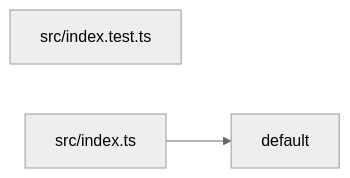
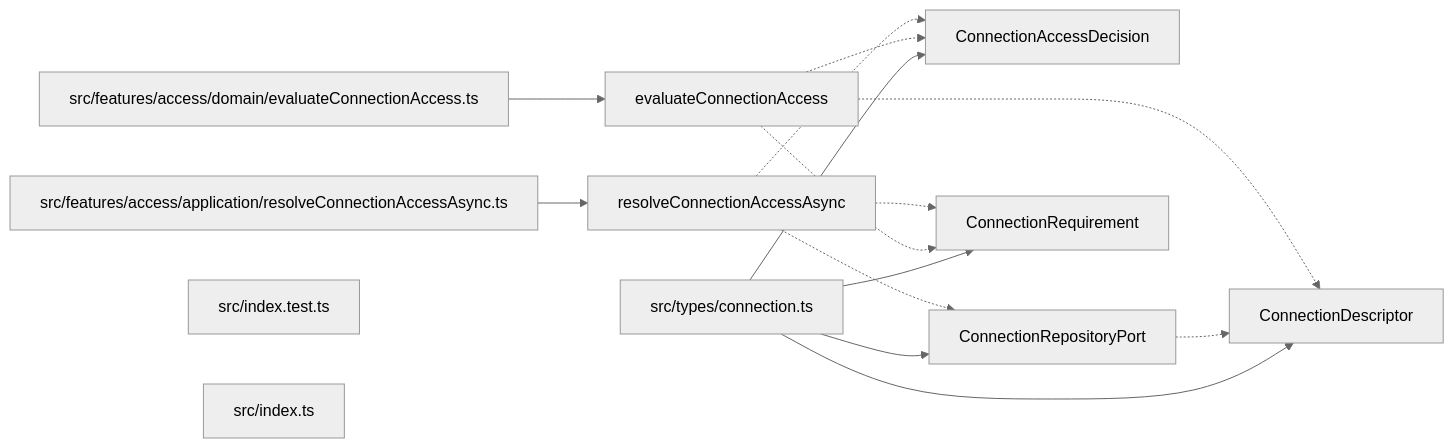
The diagram in docs/diagrams/export-graph.mmd (ankhorage/connection), drawn with Mermaid (neutral theme) before and after one commit. The commit also changed 13 other files, not shown here.

```diff
--- a/docs/diagrams/export-graph.mmd
+++ b/docs/diagrams/export-graph.mmd
@@ -1,5 +1,25 @@
 graph LR
+  module_src_features_access_application_resolveConnectionAccessAsync_ts["src/features/access/application/resolveConnectionAccessAsync.ts"]
+  module_src_features_access_domain_evaluateConnectionAccess_ts["src/features/access/domain/evaluateConnectionAccess.ts"]
   module_src_index_test_ts["src/index.test.ts"]
   module_src_index_ts["src/index.ts"]
-  export_default["default"]
-  module_src_index_ts --> export_default
+  module_src_types_connection_ts["src/types/connection.ts"]
+  export_ConnectionAccessDecision["ConnectionAccessDecision"]
+  module_src_types_connection_ts --> export_ConnectionAccessDecision
+  export_ConnectionDescriptor["ConnectionDescriptor"]
+  module_src_types_connection_ts --> export_ConnectionDescriptor
+  export_ConnectionRepositoryPort["ConnectionRepositoryPort"]
+  module_src_types_connection_ts --> export_ConnectionRepositoryPort
+  export_ConnectionRepositoryPort -.-> export_ConnectionDescriptor
+  export_ConnectionRequirement["ConnectionRequirement"]
+  module_src_types_connection_ts --> export_ConnectionRequirement
+  export_evaluateConnectionAccess["evaluateConnectionAccess"]
+  module_src_features_access_domain_evaluateConnectionAccess_ts --> export_evaluateConnectionAccess
+  export_evaluateConnectionAccess -.-> export_ConnectionAccessDecision
+  export_evaluateConnectionAccess -.-> export_ConnectionDescriptor
+  export_evaluateConnectionAccess -.-> export_ConnectionRequirement
+  export_resolveConnectionAccessAsync["resolveConnectionAccessAsync"]
+  module_src_features_access_application_resolveConnectionAccessAsync_ts --> export_resolveConnectionAccessAsync
+  export_resolveConnectionAccessAsync -.-> export_ConnectionAccessDecision
+  export_resolveConnectionAccessAsync -.-> export_ConnectionRepositoryPort
+  export_resolveConnectionAccessAsync -.-> export_ConnectionRequirement
```
